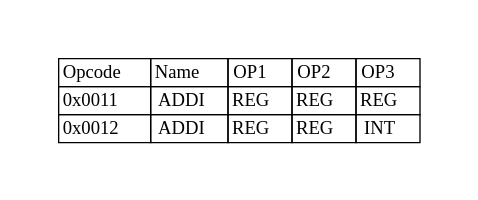
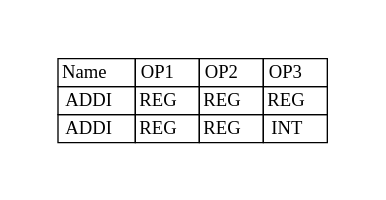
The diagram in docs/books/crexx_vm_spec/svg/addi.gv (adesutherland/CREXX), drawn with Graphviz before and after one commit. The commit also changed 319 other files, not shown here.

```diff
--- a/docs/books/crexx_vm_spec/svg/addi.gv
+++ b/docs/books/crexx_vm_spec/svg/addi.gv
@@ -1,10 +1,10 @@
 digraph{
 graph [pad="0.5", nodesep="0.5", ranksep="2" ]
-node[shape=plain]
+node [shape=plain]
 Foo [label=<
 <table border="0" cellborder="1" cellspacing="0">
-<tr><td> Opcode </td> <td> Name </td> <td> OP1 </td><td> OP2 </td><td> OP3 </td> </tr>
-<tr><td> 0x0011 </td><td> ADDI </td><td> REG </td><td> REG </td><td> REG </td> </tr>
-<tr><td> 0x0012 </td><td> ADDI </td><td> REG </td><td> REG </td><td> INT </td> </tr>
+<tr><td> Name </td> <td> OP1 </td><td> OP2 </td><td> OP3 </td> </tr>
+<tr><td> ADDI </td><td> REG </td><td> REG </td><td> REG </td> </tr>
+<tr><td> ADDI </td><td> REG </td><td> REG </td><td> INT </td> </tr>
 </table>>];
 }
```
